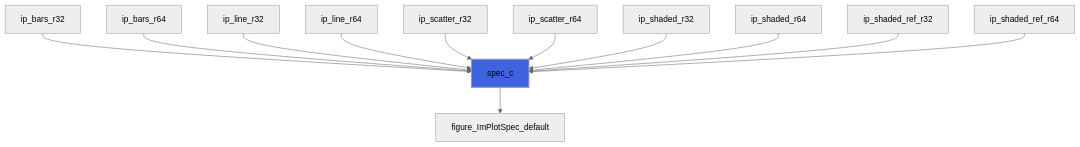
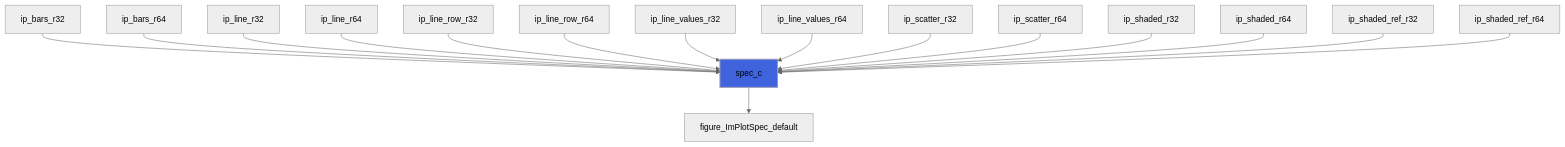
Before and after one commit to szaghi/figure: diagram 25 of 27 in docs/api/src/lib/figure_implot.md, drawn with Mermaid (neutral theme). The commit also changed other lines of this file and 21 other files, not shown here.

````diff
--- a/docs/api/src/lib/figure_implot.md
+++ b/docs/api/src/lib/figure_implot.md
@@ -649,15 +854,19 @@
 ```mermaid
 flowchart TD
   ip_bars_r32["ip_bars_r32"] --> spec_c["spec_c"]
   ip_bars_r64["ip_bars_r64"] --> spec_c["spec_c"]
   ip_line_r32["ip_line_r32"] --> spec_c["spec_c"]
   ip_line_r64["ip_line_r64"] --> spec_c["spec_c"]
+  ip_line_row_r32["ip_line_row_r32"] --> spec_c["spec_c"]
+  ip_line_row_r64["ip_line_row_r64"] --> spec_c["spec_c"]
+  ip_line_values_r32["ip_line_values_r32"] --> spec_c["spec_c"]
+  ip_line_values_r64["ip_line_values_r64"] --> spec_c["spec_c"]
   ip_scatter_r32["ip_scatter_r32"] --> spec_c["spec_c"]
   ip_scatter_r64["ip_scatter_r64"] --> spec_c["spec_c"]
   ip_shaded_r32["ip_shaded_r32"] --> spec_c["spec_c"]
   ip_shaded_r64["ip_shaded_r64"] --> spec_c["spec_c"]
   ip_shaded_ref_r32["ip_shaded_ref_r32"] --> spec_c["spec_c"]
   ip_shaded_ref_r64["ip_shaded_ref_r64"] --> spec_c["spec_c"]
   spec_c["spec_c"] --> figure_ImPlotSpec_default["figure_ImPlotSpec_default"]
   style spec_c fill:#3e63dd,stroke:#99b,stroke-width:2px
 ```
````
